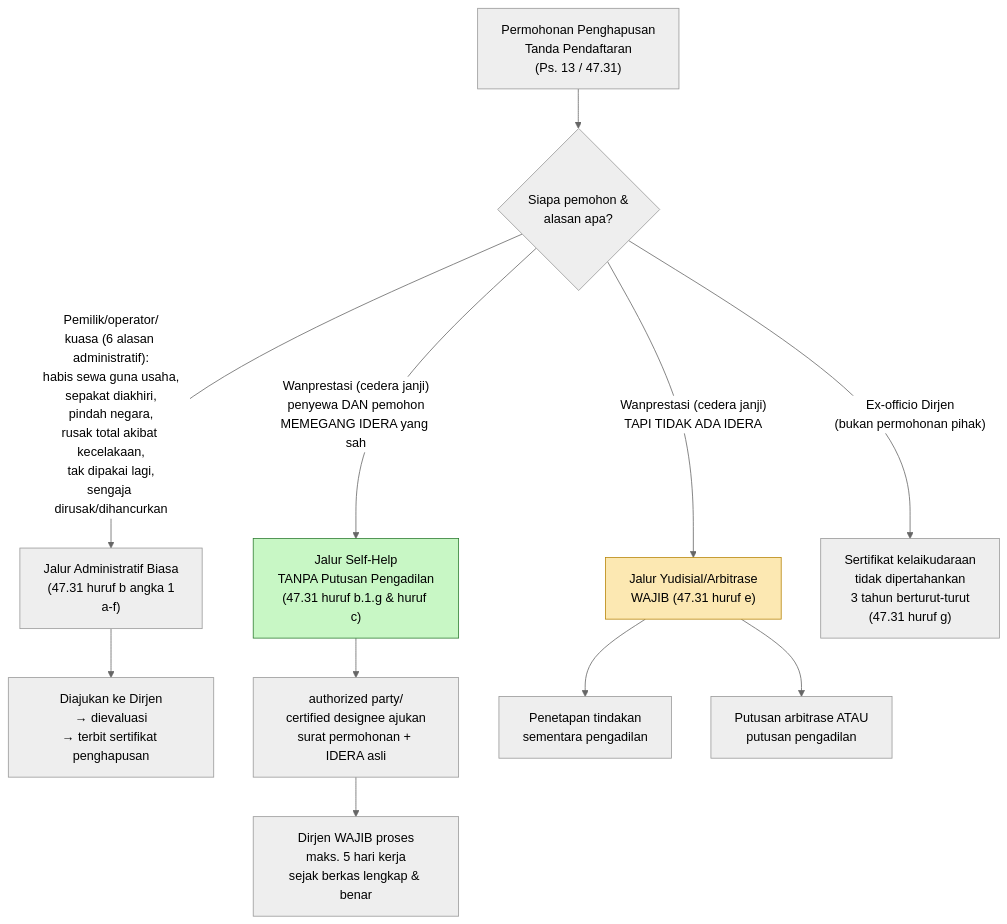
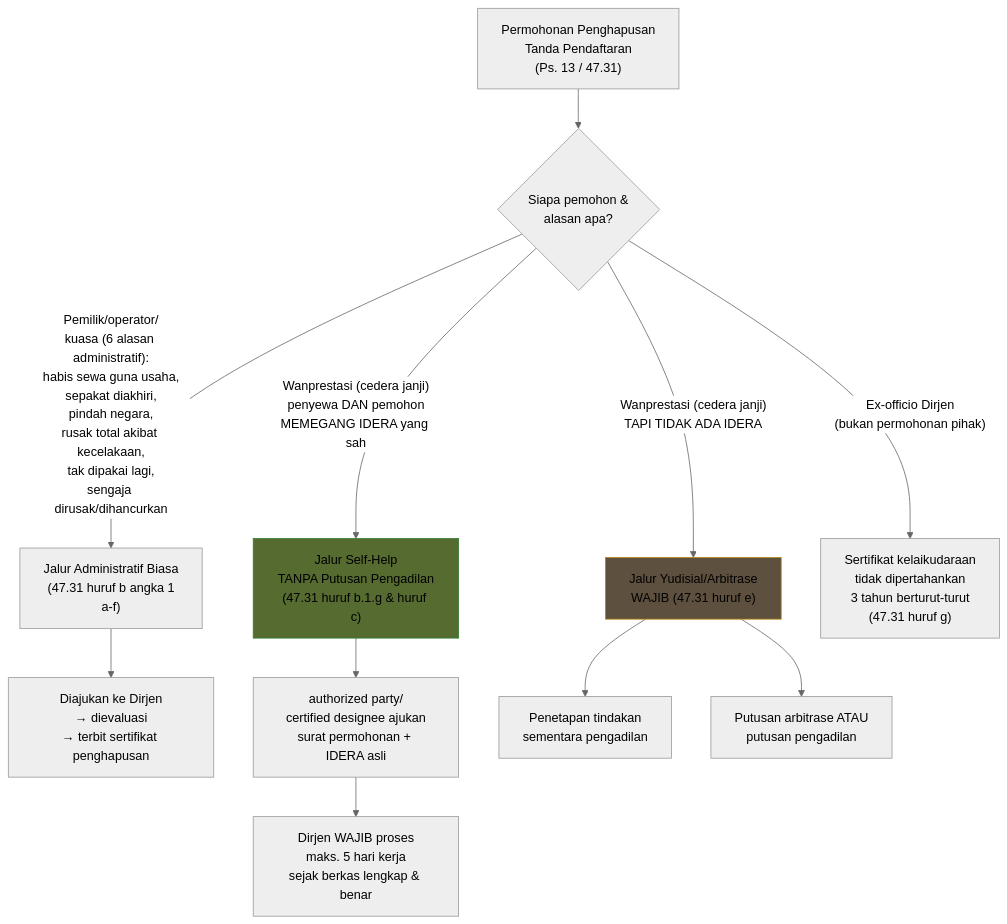
The second of 3 diagrams in content/Annotations/komparasi-pkps.md (hifdzimaulana/beate-vivere), drawn with Mermaid (neutral theme) before and after one commit. The commit also changed other lines of this file, not shown here.

````diff
--- a/content/Annotations/komparasi-pkps.md
+++ b/content/Annotations/komparasi-pkps.md
@@ -71,20 +71,20 @@
 ```mermaid
 graph TD
     A["Permohonan Penghapusan<br>Tanda Pendaftaran<br>(Ps. 13 / 47.31)"] --> B{Siapa pemohon &<br>alasan apa?}
 
     B -->|"Pemilik/operator/<br>kuasa (6 alasan administratif):<br>habis sewa guna usaha,<br>sepakat diakhiri,<br>pindah negara,<br>rusak total akibat kecelakaan,<br>tak dipakai lagi,<br>sengaja dirusak/dihancurkan"| C["Jalur Administratif Biasa<br>(47.31 huruf b angka 1<br>a-f)"]
     C --> C1["Diajukan ke Dirjen<br>→ dievaluasi<br>→ terbit sertifikat penghapusan"]
 
     B -->|"Wanprestasi (cedera janji)<br>penyewa DAN pemohon<br>MEMEGANG IDERA yang sah"| D["Jalur Self-Help<br>TANPA Putusan Pengadilan<br>(47.31 huruf b.1.g & huruf c)"]
     D --> D1["authorized party/<br>certified designee ajukan<br>surat permohonan + IDERA asli"]
     D1 --> D2["Dirjen WAJIB proses<br>maks. 5 hari kerja<br>sejak berkas lengkap & benar"]
 
     B -->|"Wanprestasi (cedera janji)<br>TAPI TIDAK ADA IDERA"| E["Jalur Yudisial/Arbitrase<br>WAJIB (47.31 huruf e)"]
     E --> E1["Penetapan tindakan<br>sementara pengadilan"]
     E --> E2["Putusan arbitrase ATAU<br>putusan pengadilan"]
 
     B -->|"Ex-officio Dirjen<br>(bukan permohonan pihak)"| F["Sertifikat kelaikudaraan<br>tidak dipertahankan<br>3 tahun berturut-turut<br>(47.31 huruf g)"]
 
-    style D fill:#c8f7c5,stroke:#2e7d32
-    style E fill:#fce8b2,stroke:#b8860b
+    style D fill:#556b2f,stroke:#2e7d32
+    style E fill:#5e503f,stroke:#b8860b
 ```
````
